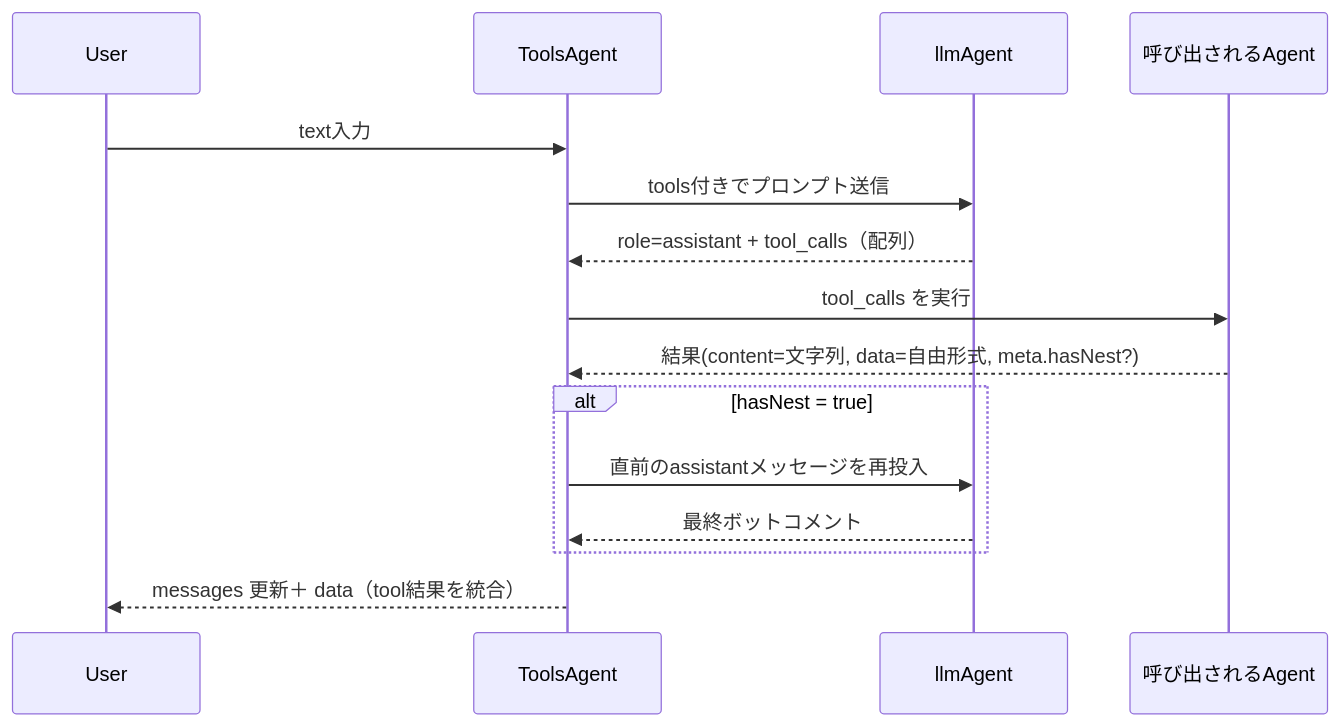
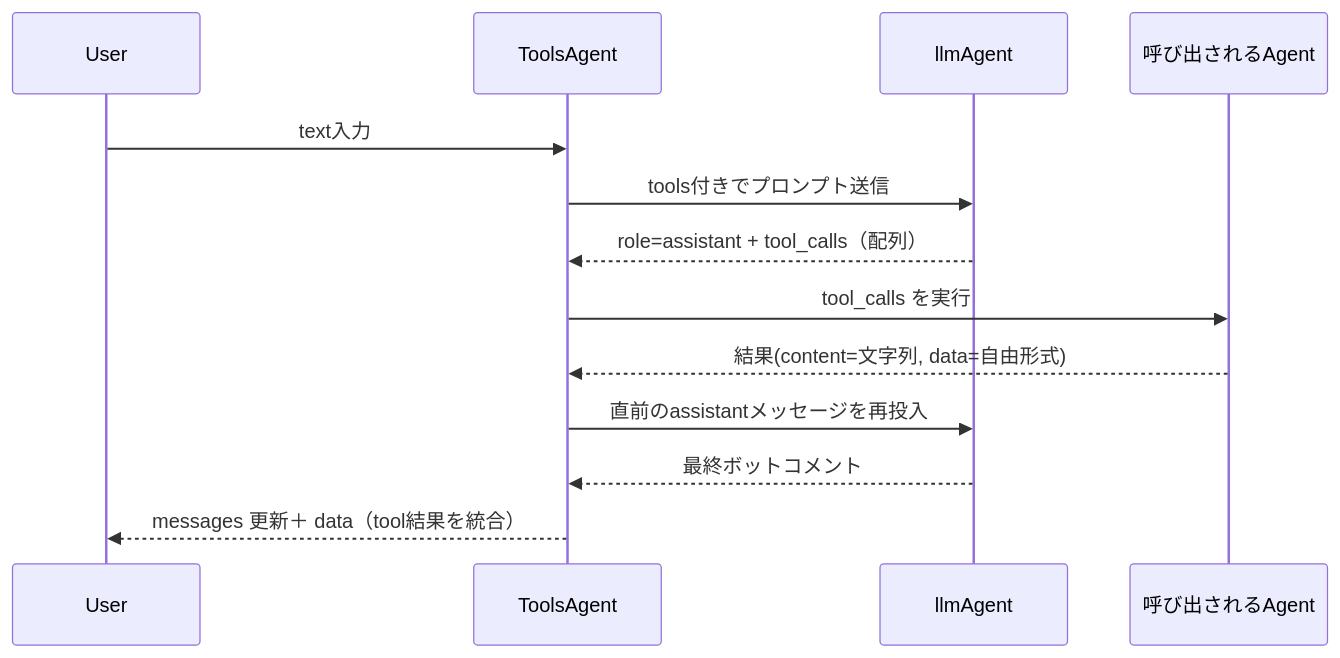
Before and after one commit to isamu/zenn-docs: the diagram in articles/graphai-tools-agent.md, drawn with Mermaid. The commit also changed other lines of this file, not shown here.

````diff
--- a/articles/graphai-tools-agent.md
+++ b/articles/graphai-tools-agent.md
@@ -21,19 +21,17 @@
 ```mermaid
 
 sequenceDiagram
     participant U as User
     participant GA as ToolsAgent
     participant L as llmAgent
     participant T as 呼び出されるAgent
 
     U->>GA: text入力
     GA->>L: tools付きでプロンプト送信
     L-->>GA: role=assistant + tool_calls（配列）
     GA->>T: tool_calls を実行
-    T-->>GA: 結果(content=文字列, data=自由形式, meta.hasNest?)
-    alt hasNest = true
-      GA->>L: 直前のassistantメッセージを再投入
-      L-->>GA: 最終ボットコメント
-    end
+    T-->>GA: 結果(content=文字列, data=自由形式)
+    GA->>L: 直前のassistantメッセージを再投入
+    L-->>GA: 最終ボットコメント
     GA-->>U: messages 更新＋ data（tool結果を統合）
 ```
````
